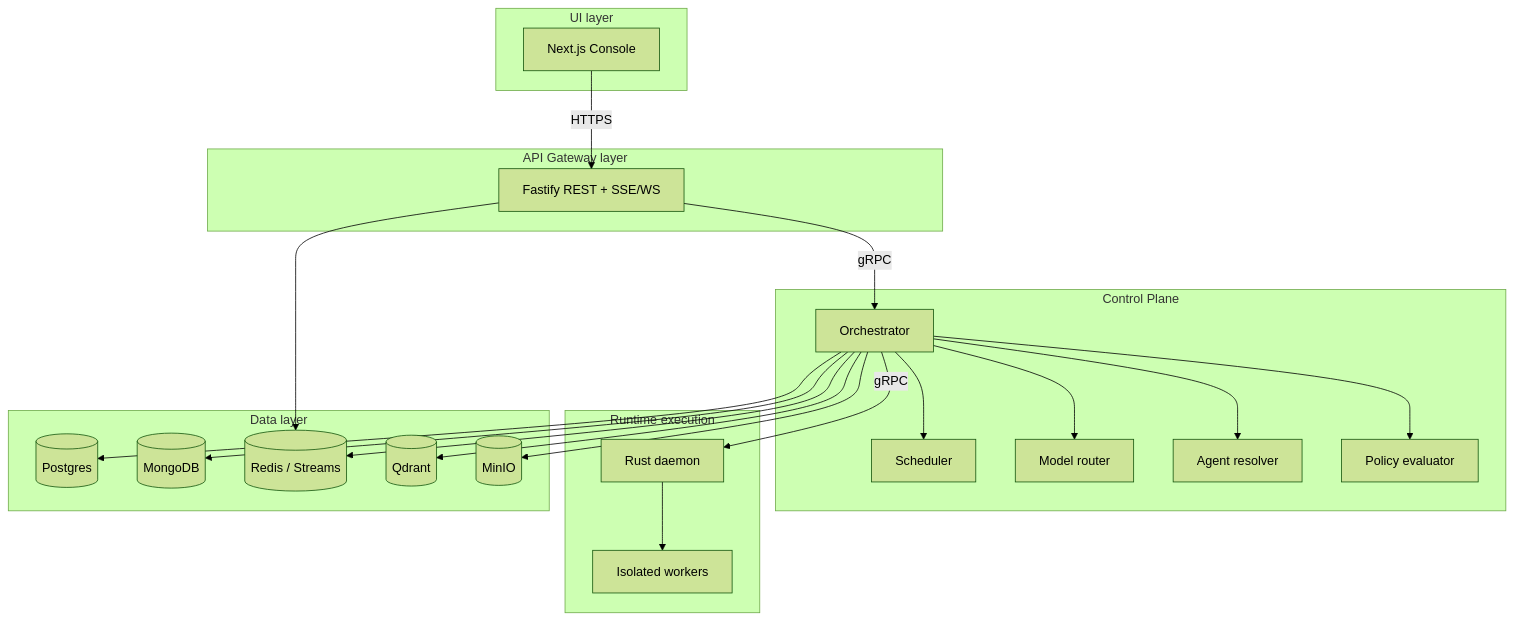
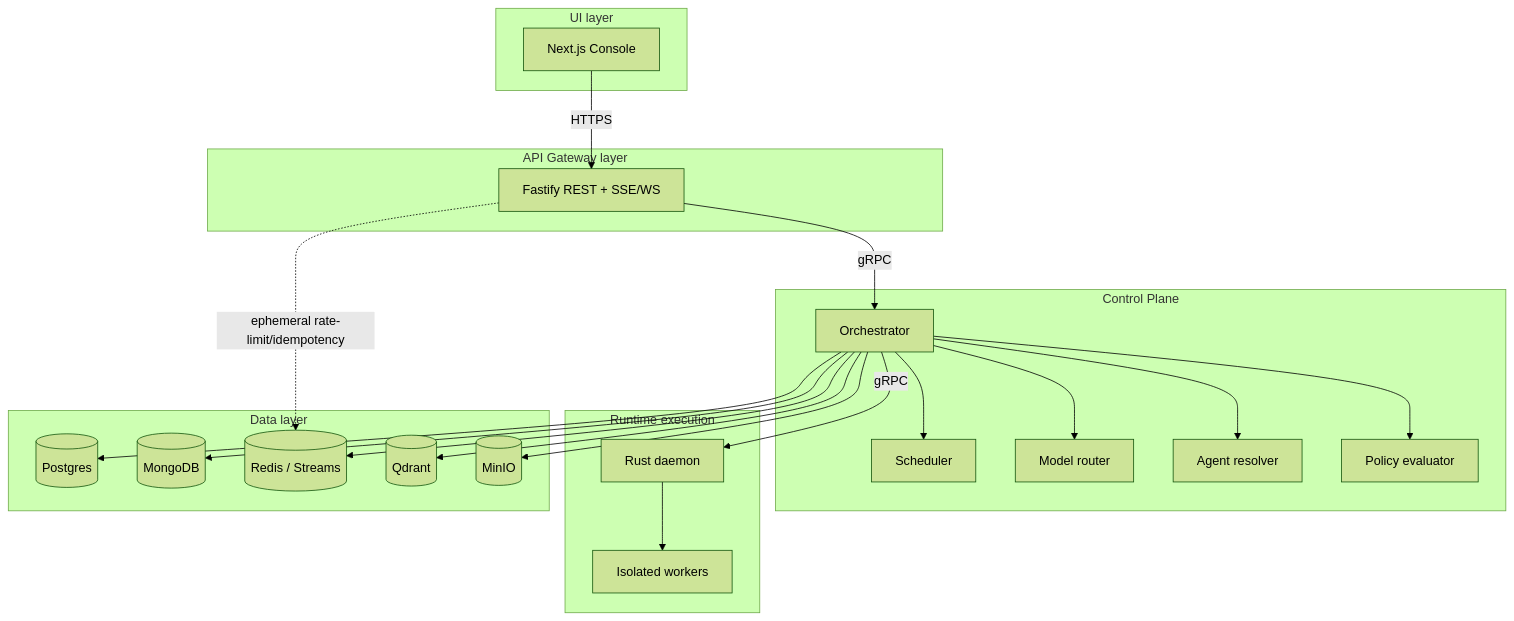
The first of 2 diagrams in ARCHITECTURE.md (ghasemzadeh-hamed/OMERTAOS), drawn with Mermaid (forest theme) before and after one commit. The commit also changed other lines of this file and 5 other files, not shown here.

Commit message:
docs(structure): freeze S1 architecture contract

````diff
--- a/ARCHITECTURE.md
+++ b/ARCHITECTURE.md
@@ -5,28 +5,28 @@
 ```mermaid
 flowchart TB
   subgraph L1[UI layer]
     UI[Next.js Console]
   end
   subgraph L2[API Gateway layer]
     GW[Fastify REST + SSE/WS]
   end
   subgraph L3[Control Plane]
     ORCH[Orchestrator] --> SCH[Scheduler]
     ORCH --> MR[Model router]
     ORCH --> AR[Agent resolver]
     ORCH --> PE[Policy evaluator]
   end
   subgraph L4[Runtime execution]
     RD[Rust daemon] --> SB[Isolated workers]
   end
   subgraph L5[Data layer]
     PG[(Postgres)]
     MG[(MongoDB)]
     RE[(Redis / Streams)]
     QD[(Qdrant)]
     MI[(MinIO)]
   end
   UI -->|HTTPS| GW -->|gRPC| ORCH -->|gRPC| RD
   ORCH --> PG & MG & RE & QD & MI
-  GW --> RE
+  GW -. ephemeral rate-limit/idempotency .-> RE
 ```
````
